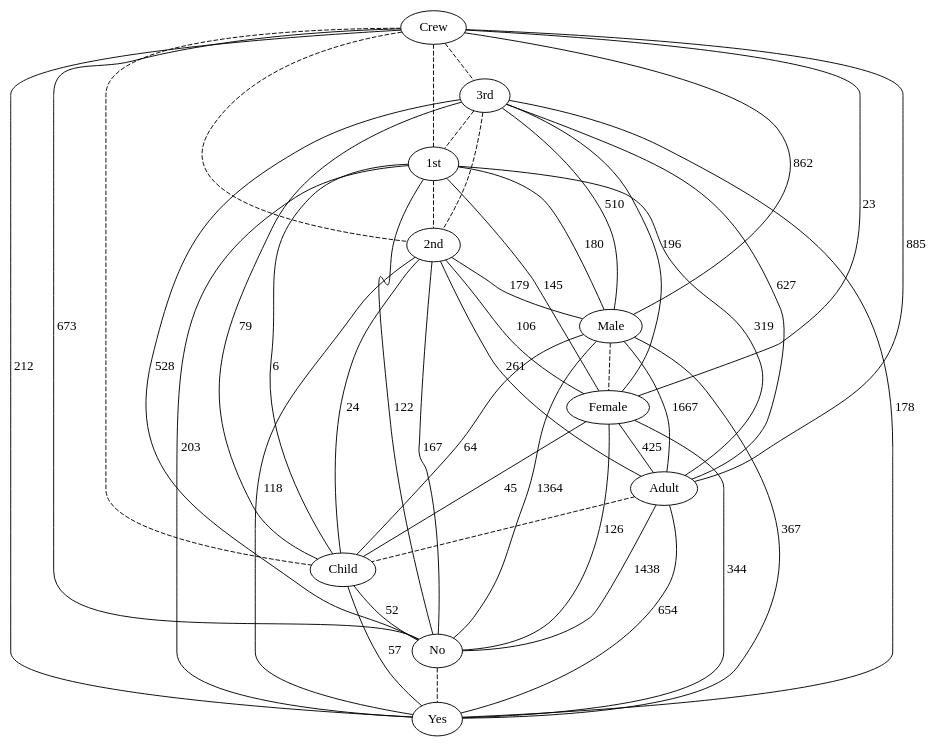
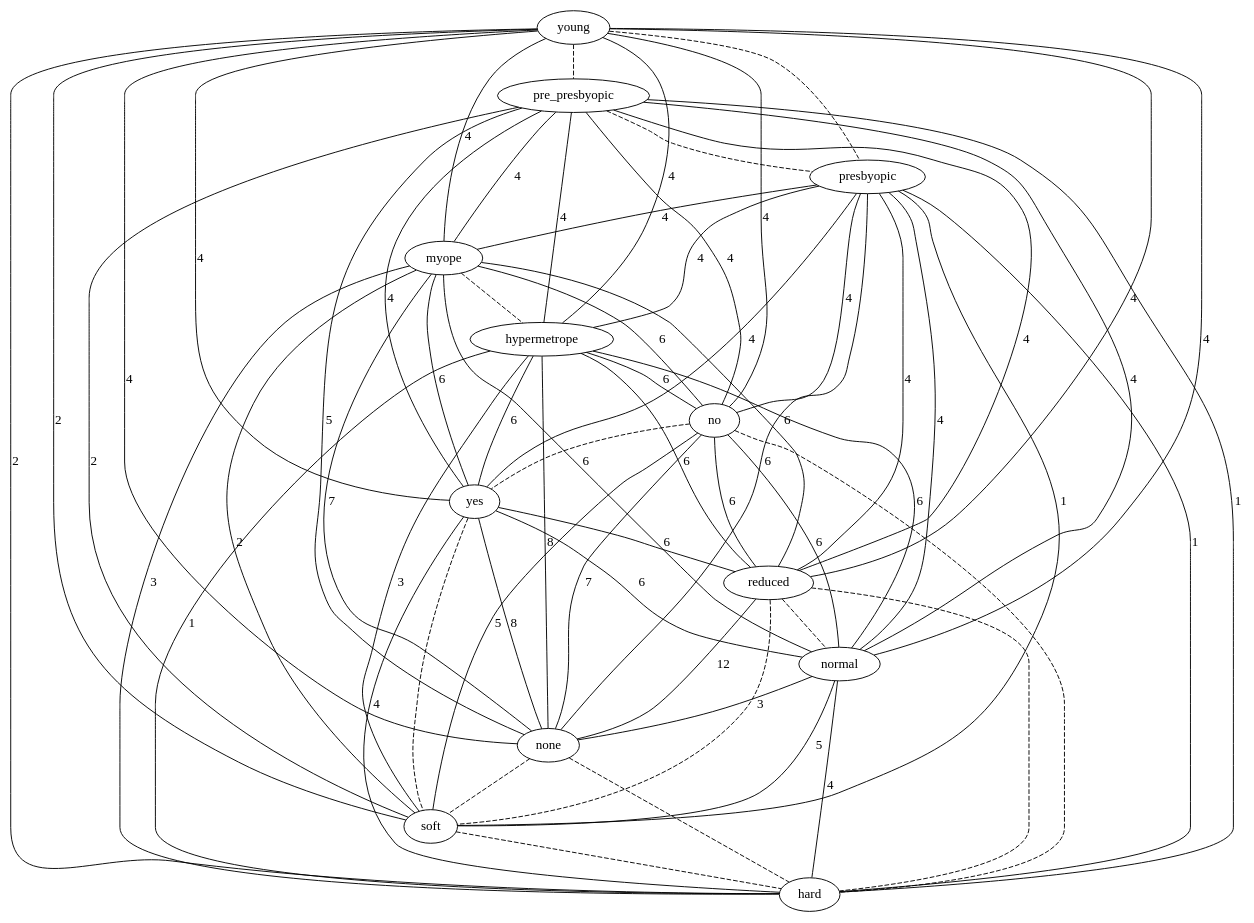
Before and after one commit to lrodrin/TFG: the diagram in src/final/plainGraph.dot, drawn with Graphviz. The commit also changed 7 other files, not shown here.

```diff
--- a/src/final/plainGraph.dot
+++ b/src/final/plainGraph.dot
@@ -1,57 +1,80 @@
 strict graph "" {
-Crew;
-"3rd";
-"1st";
-"2nd";
-Male;
-Female;
-Adult;
-Child;
-No;
-Yes;
-Crew -- "3rd"  [color=black, style=dashed];
-Crew -- "1st"  [color=black, style=dashed];
-Crew -- "2nd"  [color=black, style=dashed];
-Crew -- Male  [color=black, label=862, style=solid];
-Crew -- Female  [color=black, label=23, style=solid];
-Crew -- Adult  [color=black, label=885, style=solid];
-Crew -- Child  [color=black, style=dashed];
-Crew -- No  [color=black, label=673, style=solid];
-Crew -- Yes  [color=black, label=212, style=solid];
-"3rd" -- "1st"  [color=black, style=dashed];
-"3rd" -- "2nd"  [color=black, style=dashed];
-"3rd" -- Male  [color=black, label=510, style=solid];
-"3rd" -- Female  [color=black, label=196, style=solid];
-"3rd" -- Adult  [color=black, label=627, style=solid];
-"3rd" -- Child  [color=black, label=79, style=solid];
-"3rd" -- No  [color=black, label=528, style=solid];
-"3rd" -- Yes  [color=black, label=178, style=solid];
-"1st" -- "2nd"  [color=black, style=dashed];
-"1st" -- Male  [color=black, label=180, style=solid];
-"1st" -- Female  [color=black, label=145, style=solid];
-"1st" -- Adult  [color=black, label=319, style=solid];
-"1st" -- Child  [color=black, label=6, style=solid];
-"1st" -- No  [color=black, label=122, style=solid];
-"1st" -- Yes  [color=black, label=203, style=solid];
-"2nd" -- Male  [color=black, label=179, style=solid];
-"2nd" -- Female  [color=black, label=106, style=solid];
-"2nd" -- Adult  [color=black, label=261, style=solid];
-"2nd" -- Child  [color=black, label=24, style=solid];
-"2nd" -- No  [color=black, label=167, style=solid];
-"2nd" -- Yes  [color=black, label=118, style=solid];
-Male -- Female  [color=black, style=dashed];
-Male -- Adult  [color=black, label=1667, style=solid];
-Male -- Child  [color=black, label=64, style=solid];
-Male -- No  [color=black, label=1364, style=solid];
-Male -- Yes  [color=black, label=367, style=solid];
-Female -- Adult  [color=black, label=425, style=solid];
-Female -- Child  [color=black, label=45, style=solid];
-Female -- No  [color=black, label=126, style=solid];
-Female -- Yes  [color=black, label=344, style=solid];
-Adult -- Child  [color=black, style=dashed];
-Adult -- No  [color=black, label=1438, style=solid];
-Adult -- Yes  [color=black, label=654, style=solid];
-Child -- No  [color=black, label=52, style=solid];
-Child -- Yes  [color=black, label=57, style=solid];
-No -- Yes  [color=black, style=dashed];
+young;
+pre_presbyopic;
+presbyopic;
+myope;
+hypermetrope;
+no;
+yes;
+reduced;
+normal;
+none;
+soft;
+hard;
+young -- pre_presbyopic  [color=black, style=dashed];
+young -- presbyopic  [color=black, style=dashed];
+young -- myope  [color=black, label=4, style=solid];
+young -- hypermetrope  [color=black, label=4, style=solid];
+young -- no  [color=black, label=4, style=solid];
+young -- yes  [color=black, label=4, style=solid];
+young -- reduced  [color=black, label=4, style=solid];
+young -- normal  [color=black, label=4, style=solid];
+young -- none  [color=black, label=4, style=solid];
+young -- soft  [color=black, label=2, style=solid];
+young -- hard  [color=black, label=2, style=solid];
+pre_presbyopic -- presbyopic  [color=black, style=dashed];
+pre_presbyopic -- myope  [color=black, label=4, style=solid];
+pre_presbyopic -- hypermetrope  [color=black, label=4, style=solid];
+pre_presbyopic -- no  [color=black, label=4, style=solid];
+pre_presbyopic -- yes  [color=black, label=4, style=solid];
+pre_presbyopic -- reduced  [color=black, label=4, style=solid];
+pre_presbyopic -- normal  [color=black, label=4, style=solid];
+pre_presbyopic -- none  [color=black, label=5, style=solid];
+pre_presbyopic -- soft  [color=black, label=2, style=solid];
+pre_presbyopic -- hard  [color=black, label=1, style=solid];
+presbyopic -- myope  [color=black, label=4, style=solid];
+presbyopic -- hypermetrope  [color=black, label=4, style=solid];
+presbyopic -- no  [color=black, label=4, style=solid];
+presbyopic -- yes  [color=black, label=4, style=solid];
+presbyopic -- reduced  [color=black, label=4, style=solid];
+presbyopic -- normal  [color=black, label=4, style=solid];
+presbyopic -- none  [color=black, label=6, style=solid];
+presbyopic -- soft  [color=black, label=1, style=solid];
+presbyopic -- hard  [color=black, label=1, style=solid];
+myope -- hypermetrope  [color=black, style=dashed];
+myope -- no  [color=black, label=6, style=solid];
+myope -- yes  [color=black, label=6, style=solid];
+myope -- reduced  [color=black, label=6, style=solid];
+myope -- normal  [color=black, label=6, style=solid];
+myope -- none  [color=black, label=7, style=solid];
+myope -- soft  [color=black, label=2, style=solid];
+myope -- hard  [color=black, label=3, style=solid];
+hypermetrope -- no  [color=black, label=6, style=solid];
+hypermetrope -- yes  [color=black, label=6, style=solid];
+hypermetrope -- reduced  [color=black, label=6, style=solid];
+hypermetrope -- normal  [color=black, label=6, style=solid];
+hypermetrope -- none  [color=black, label=8, style=solid];
+hypermetrope -- soft  [color=black, label=3, style=solid];
+hypermetrope -- hard  [color=black, label=1, style=solid];
+no -- yes  [color=black, style=dashed];
+no -- reduced  [color=black, label=6, style=solid];
+no -- normal  [color=black, label=6, style=solid];
+no -- none  [color=black, label=7, style=solid];
+no -- soft  [color=black, label=5, style=solid];
+no -- hard  [color=black, style=dashed];
+yes -- reduced  [color=black, label=6, style=solid];
+yes -- normal  [color=black, label=6, style=solid];
+yes -- none  [color=black, label=8, style=solid];
+yes -- soft  [color=black, style=dashed];
+yes -- hard  [color=black, label=4, style=solid];
+reduced -- normal  [color=black, style=dashed];
+reduced -- none  [color=black, label=12, style=solid];
+reduced -- soft  [color=black, style=dashed];
+reduced -- hard  [color=black, style=dashed];
+normal -- none  [color=black, label=3, style=solid];
+normal -- soft  [color=black, label=5, style=solid];
+normal -- hard  [color=black, label=4, style=solid];
+none -- soft  [color=black, style=dashed];
+none -- hard  [color=black, style=dashed];
+soft -- hard  [color=black, style=dashed];
 }
```
